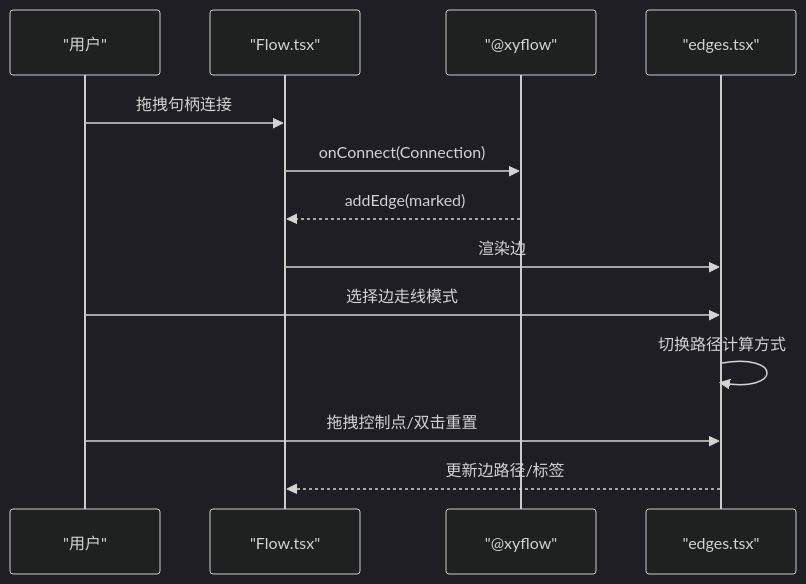
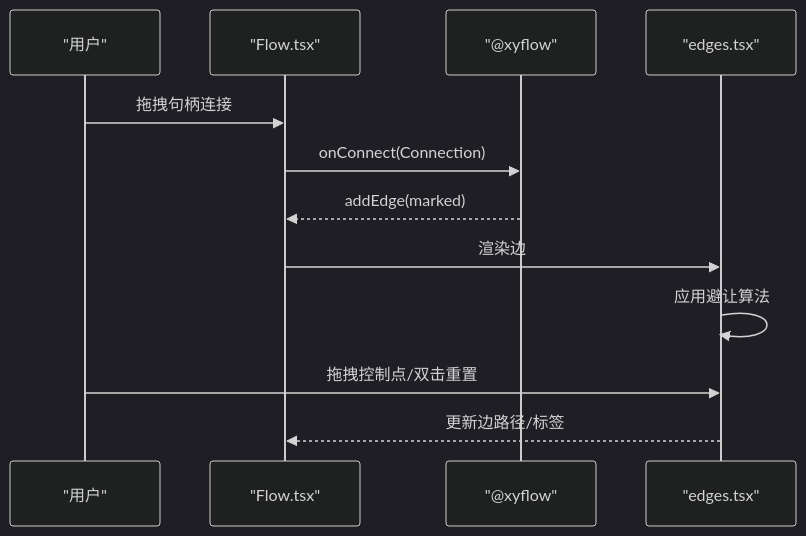
One commit to kqcoxn/MaaPipelineEditor changed the tenth of 13 diagrams in .qoder/repowiki/zh/content/工作流编辑器/工作流编辑器.md. Above: the diagram before and after it, drawn with Mermaid (dark theme). The commit also changed other lines of this file and 50 other files, not shown here.

````diff
--- a/.qoder/repowiki/zh/content/工作流编辑器/工作流编辑器.md
+++ b/.qoder/repowiki/zh/content/工作流编辑器/工作流编辑器.md
@@ -335,15 +502,14 @@
 ```mermaid
 sequenceDiagram
 participant U as "用户"
 participant F as "Flow.tsx"
 participant RF as "@xyflow"
 participant E as "edges.tsx"
 U->>F : 拖拽句柄连接
 F->>RF : onConnect(Connection)
 RF-->>F : addEdge(marked)
 F->>E : 渲染边
-U->>E : 选择边走线模式
-E->>E : 切换路径计算方式
+E->>E : 应用避让算法
 U->>E : 拖拽控制点/双击重置
 E-->>F : 更新边路径/标签
 ```
````
